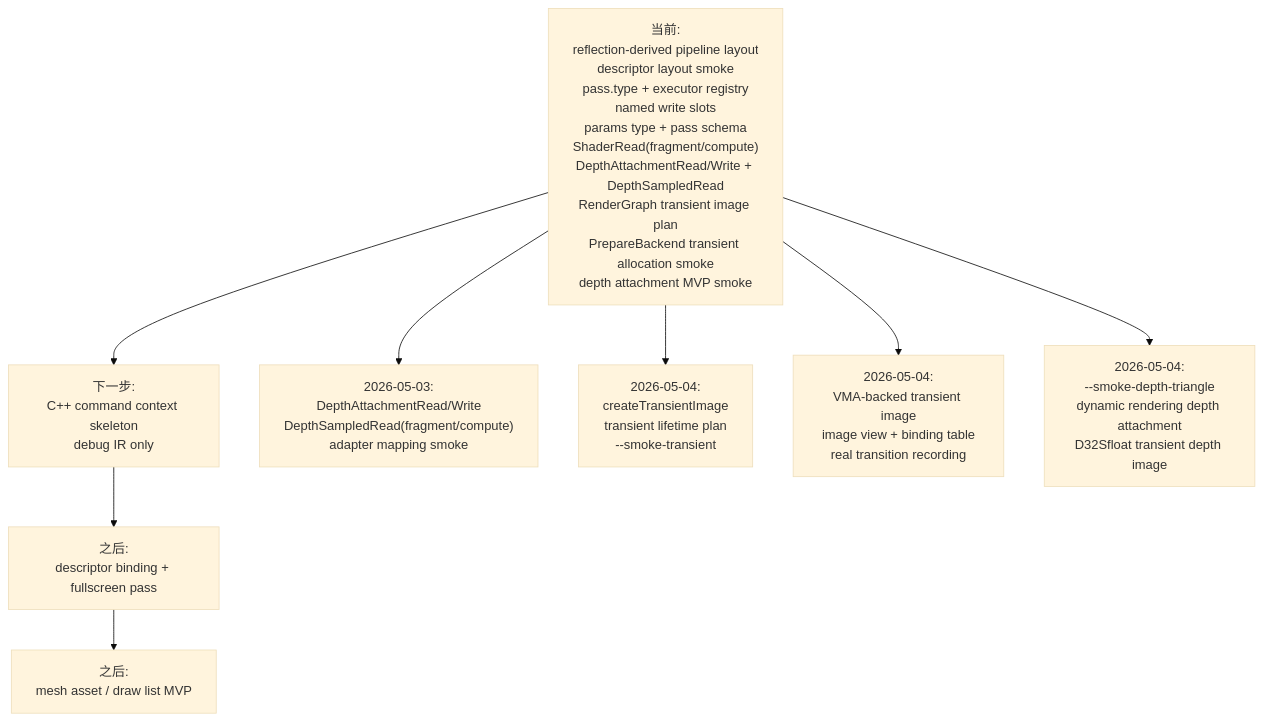
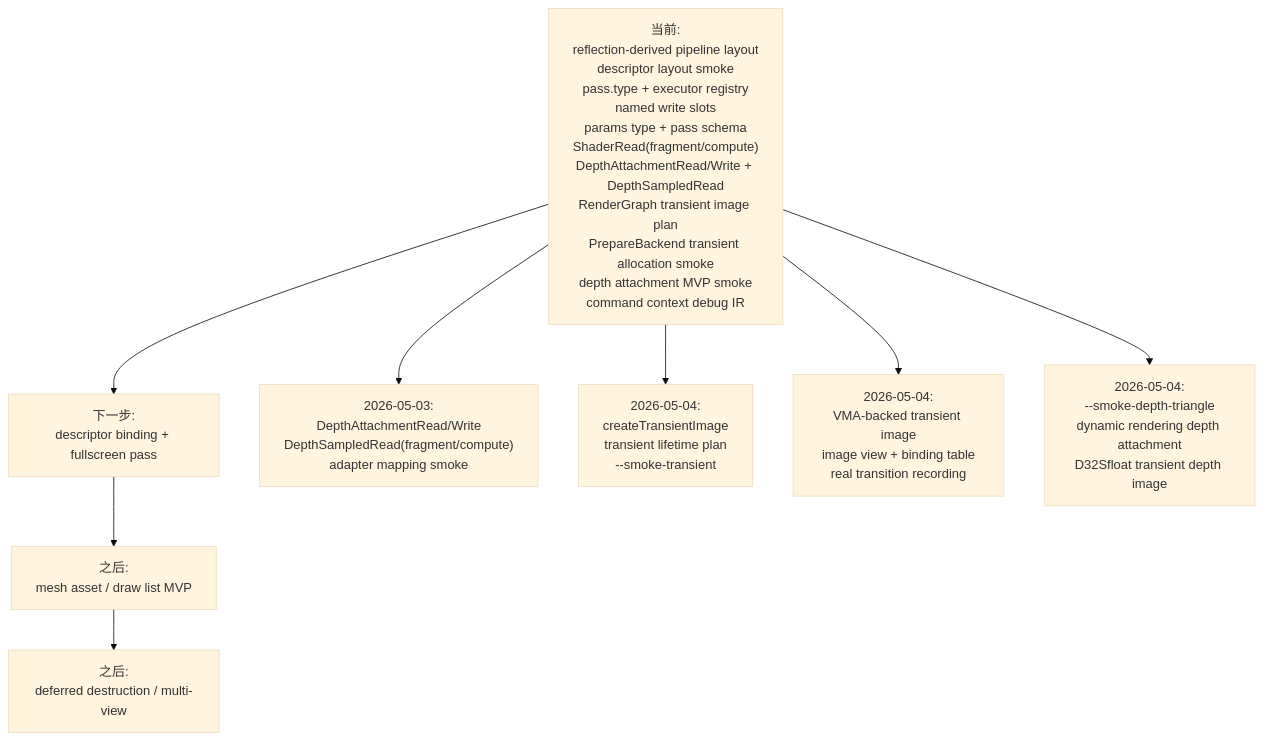
Diagram 11 of 11 in docs/flow-architecture.md (66six11/Engine), drawn with Mermaid (base theme) before and after one commit. The commit also changed other lines of this file and 3 other files, not shown here.

Commit message:
feat: add render graph command summaries

````diff
--- a/docs/flow-architecture.md
+++ b/docs/flow-architecture.md
@@ -371,18 +377,18 @@
 ```mermaid
 flowchart TD
-    Now["当前:<br/>reflection-derived pipeline layout<br/>descriptor layout smoke<br/>pass.type + executor registry<br/>named write slots<br/>params type + pass schema<br/>ShaderRead(fragment/compute)<br/>DepthAttachmentRead/Write + DepthSampledRead<br/>RenderGraph transient image plan<br/>PrepareBackend transient allocation smoke<br/>depth attachment MVP smoke"]
-    Step1["下一步:<br/>C++ command context skeleton<br/>debug IR only"]
-    Step2["之后:<br/>descriptor binding + fullscreen pass"]
-    Step3["之后:<br/>mesh asset / draw list MVP"]
+    Now["当前:<br/>reflection-derived pipeline layout<br/>descriptor layout smoke<br/>pass.type + executor registry<br/>named write slots<br/>params type + pass schema<br/>ShaderRead(fragment/compute)<br/>DepthAttachmentRead/Write + DepthSampledRead<br/>RenderGraph transient image plan<br/>PrepareBackend transient allocation smoke<br/>depth attachment MVP smoke<br/>command context debug IR"]
+    Step1["下一步:<br/>descriptor binding + fullscreen pass"]
+    Step2["之后:<br/>mesh asset / draw list MVP"]
+    Step3["之后:<br/>deferred destruction / multi-view"]
 
     Now --> Step1 --> Step2 --> Step3
 
     DepthStateUpdate["2026-05-03:<br/>DepthAttachmentRead/Write<br/>DepthSampledRead(fragment/compute)<br/>adapter mapping smoke"]
     Now --> DepthStateUpdate
     TransientUpdate["2026-05-04:<br/>createTransientImage<br/>transient lifetime plan<br/>--smoke-transient"]
     Now --> TransientUpdate
     TransientVkUpdate["2026-05-04:<br/>VMA-backed transient image<br/>image view + binding table<br/>real transition recording"]
     Now --> TransientVkUpdate
     DepthTriangleUpdate["2026-05-04:<br/>--smoke-depth-triangle<br/>dynamic rendering depth attachment<br/>D32Sfloat transient depth image"]
     Now --> DepthTriangleUpdate
 ```
````
